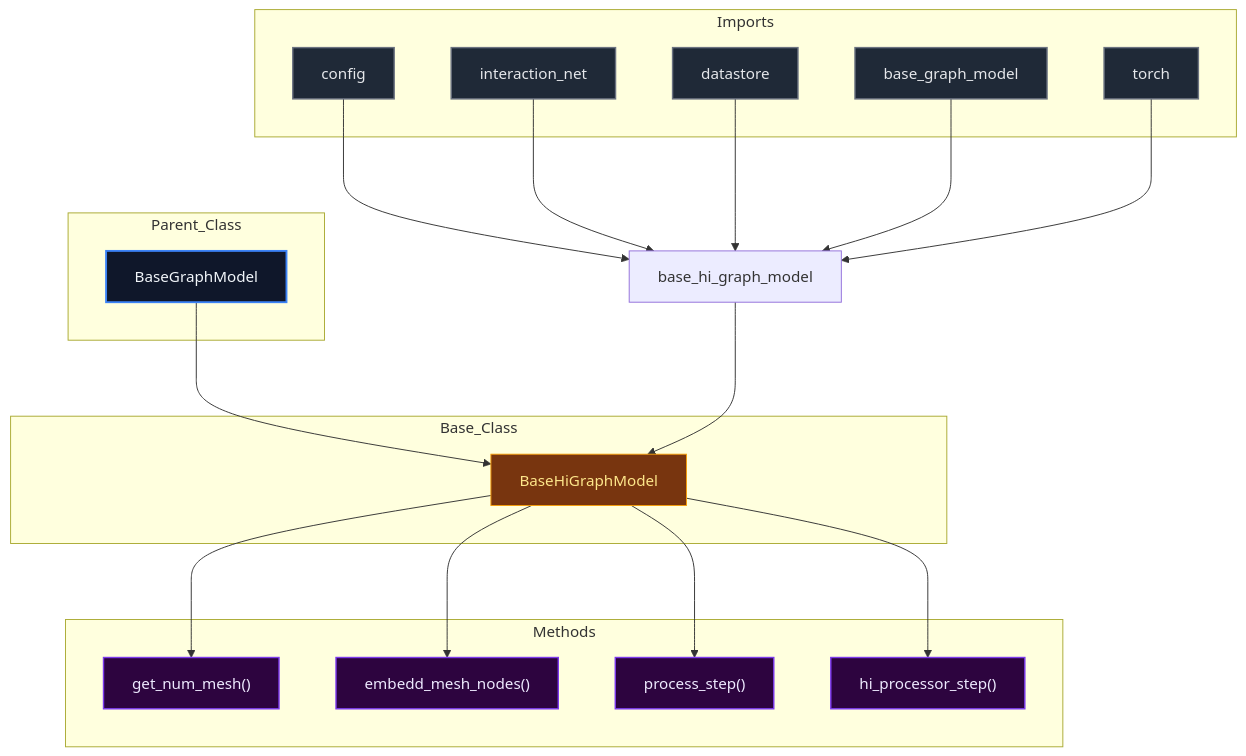
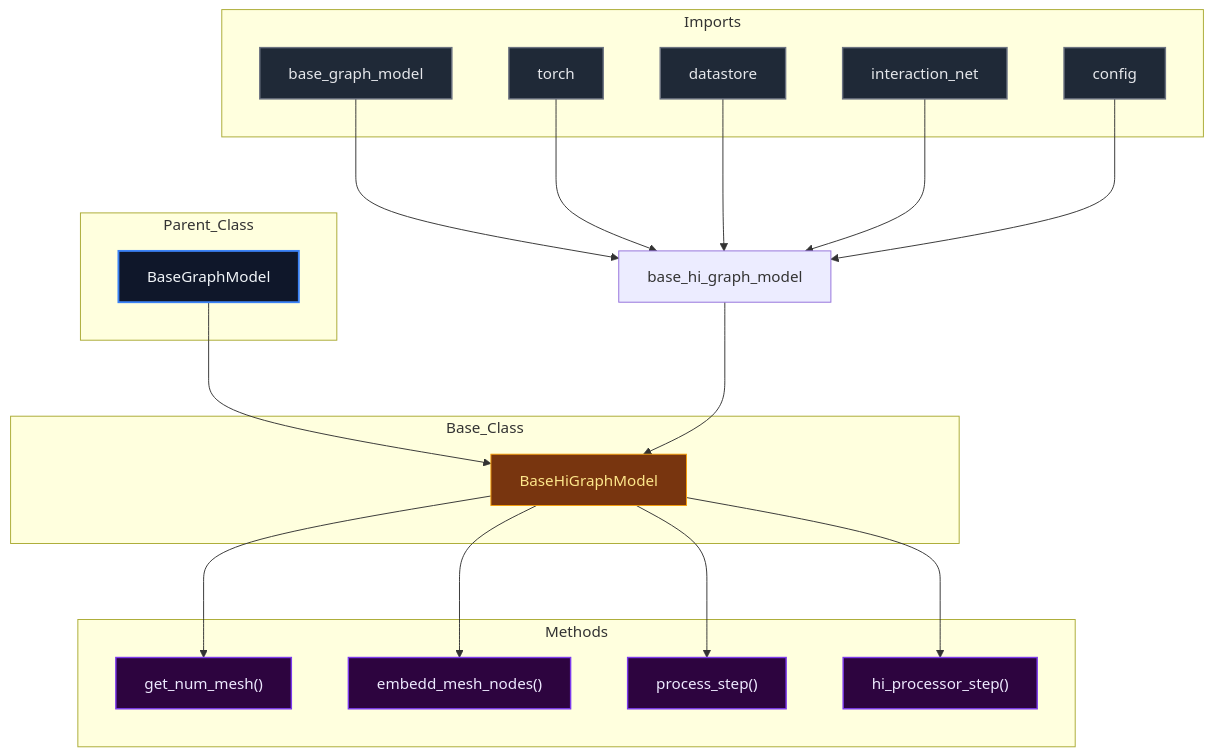
One commit to mllam/neural-lam changed the diagram in docs/diagrams/base_hi_graph_model_diagram.md. Above: the diagram before and after it, drawn with Mermaid. The commit also changed 18 other files, not shown here.

Commit message:
Auto-update Mermaid diagrams

````diff
--- a/docs/diagrams/base_hi_graph_model_diagram.md
+++ b/docs/diagrams/base_hi_graph_model_diagram.md
@@ -1,54 +1,54 @@
 ```mermaid
 %%{init: {'flowchart': {'nodeSpacing': 60, 'rankSpacing': 80}}}%%
 flowchart TD
 
 module["base_hi_graph_model"]
 
 subgraph Parent_Class
     BaseGraphModel["BaseGraphModel"]
 end
 
 subgraph Base_Class
     BaseHiGraphModel["BaseHiGraphModel"]
 end
 
     BaseGraphModel --> BaseHiGraphModel
 
 subgraph Imports
-    config["config"]
-    interaction_net["interaction_net"]
-    datastore["datastore"]
     base_graph_model["base_graph_model"]
     torch["torch"]
+    datastore["datastore"]
+    interaction_net["interaction_net"]
+    config["config"]
 end
 
-    config --> module
-    interaction_net --> module
-    datastore --> module
     base_graph_model --> module
     torch --> module
+    datastore --> module
+    interaction_net --> module
+    config --> module
     module --> BaseHiGraphModel
 
 subgraph Methods
     BaseHiGraphModel_get_num_mesh["get_num_mesh()"]
     BaseHiGraphModel_embedd_mesh_nodes["embedd_mesh_nodes()"]
     BaseHiGraphModel_process_step["process_step()"]
     BaseHiGraphModel_hi_processor_step["hi_processor_step()"]
 end
 
     BaseHiGraphModel --> BaseHiGraphModel_get_num_mesh
     BaseHiGraphModel --> BaseHiGraphModel_embedd_mesh_nodes
     BaseHiGraphModel --> BaseHiGraphModel_process_step
     BaseHiGraphModel --> BaseHiGraphModel_hi_processor_step
 
 classDef parent fill:#0f172a,stroke:#3b82f6,stroke-width:2px,color:#f1f5f9,font-size:16px
 classDef base fill:#78350f,stroke:#f59e0b,stroke-width:1px,color:#fde68a,font-size:16px
 classDef import fill:#1f2937,stroke:#6b7280,stroke-width:1.5px,color:#e5e7eb,font-size:16px
 classDef method fill:#2d043f,stroke:#7c3aed,stroke-width:1.5px,color:#ede9fe,font-size:16px
 classDef callNode fill:#064e3b,stroke:#10b981,stroke-width:1.5px,color:#d1fae5,font-size:16px
 class BaseGraphModel parent
 class BaseHiGraphModel base
-class config,interaction_net,datastore,base_graph_model,torch import
+class base_graph_model,torch,datastore,interaction_net,config import
 class BaseHiGraphModel_get_num_mesh,BaseHiGraphModel_embedd_mesh_nodes,BaseHiGraphModel_process_step,BaseHiGraphModel_hi_processor_step method
 
 ```
````
